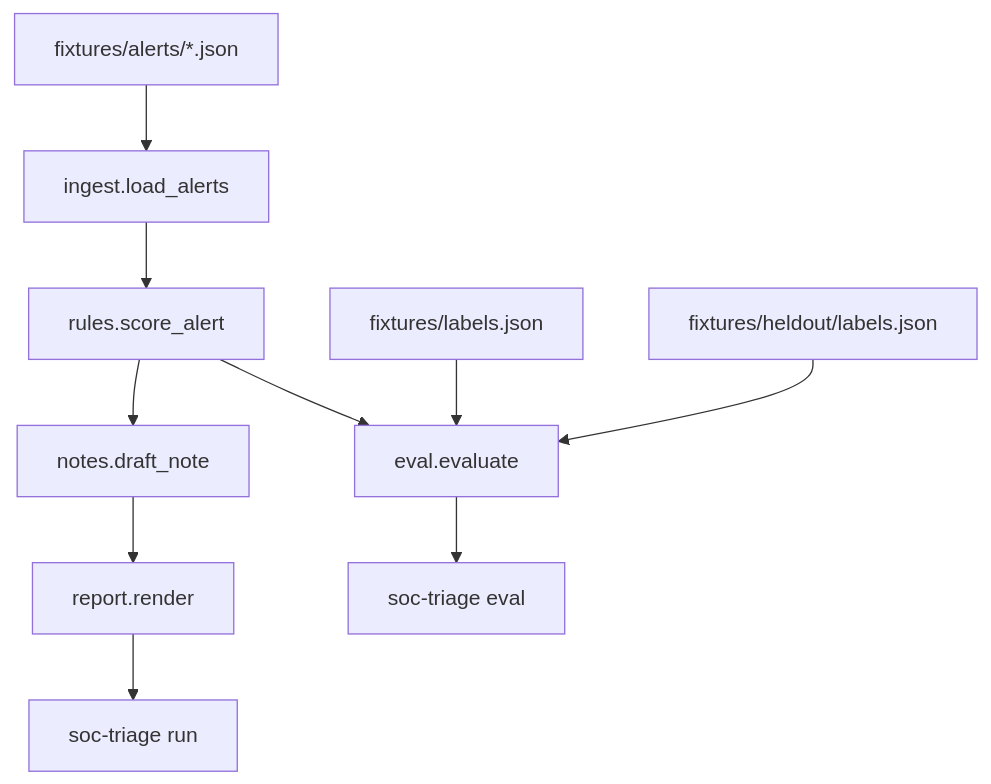
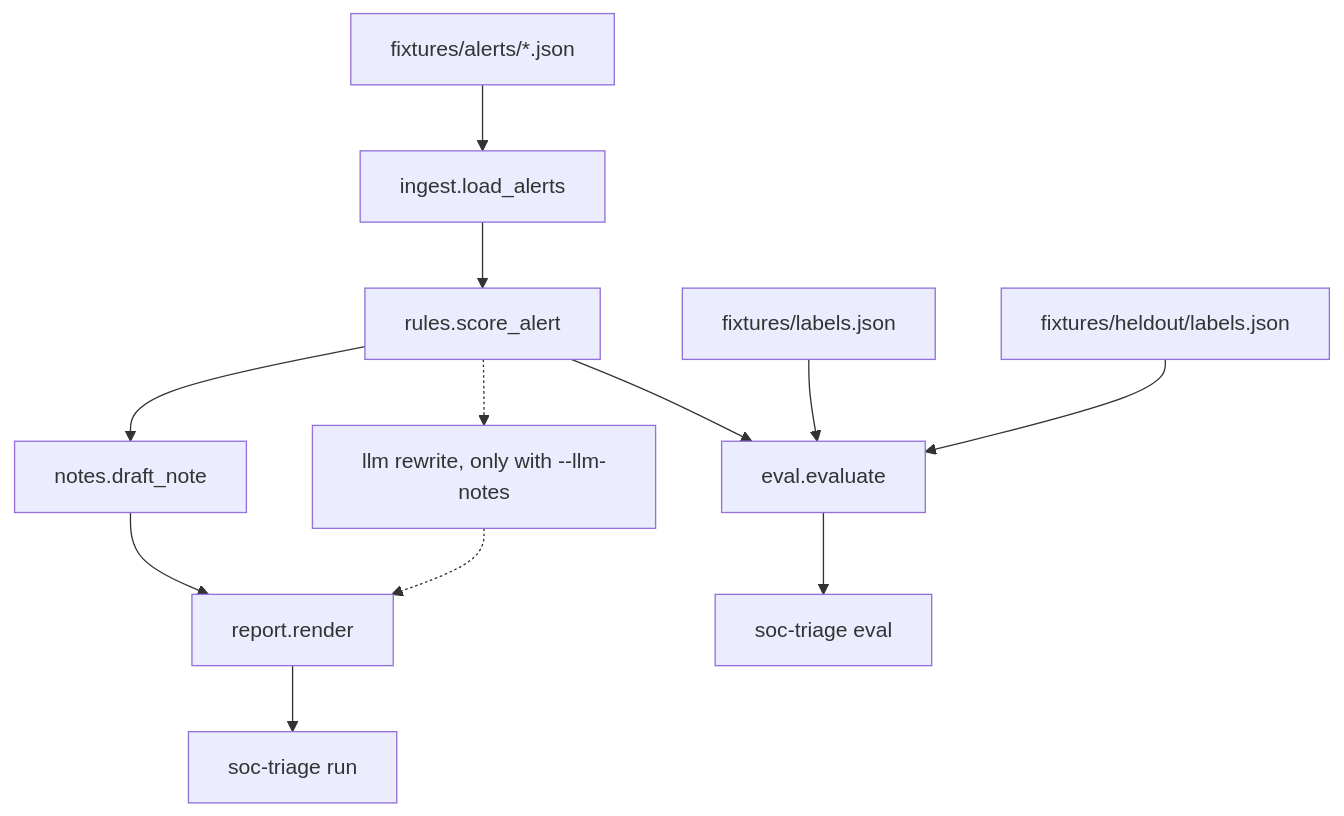
Before and after one commit to oemarino/soc-triage-agent: the diagram in README.md, drawn with Mermaid. The commit also changed other lines of this file and 12 other files, not shown here.

First line of the commit message:
Add optional LLM draft notes that fall back to the rules template.

````diff
--- a/README.md
+++ b/README.md
@@ -22,12 +22,14 @@
 ```mermaid
 flowchart TD
     alerts["fixtures/alerts/*.json"] --> ingest["ingest.load_alerts"]
     ingest --> rules["rules.score_alert"]
     rules --> notes["notes.draft_note"]
+    rules -.-> llm["llm rewrite, only with --llm-notes"]
     notes --> report["report.render"]
+    llm -.-> report
     report --> runCmd["soc-triage run"]
     labels["fixtures/labels.json"] --> evalStep["eval.evaluate"]
     heldout["fixtures/heldout/labels.json"] --> evalStep
     rules --> evalStep
     evalStep --> evalCmd["soc-triage eval"]
 ```
````
